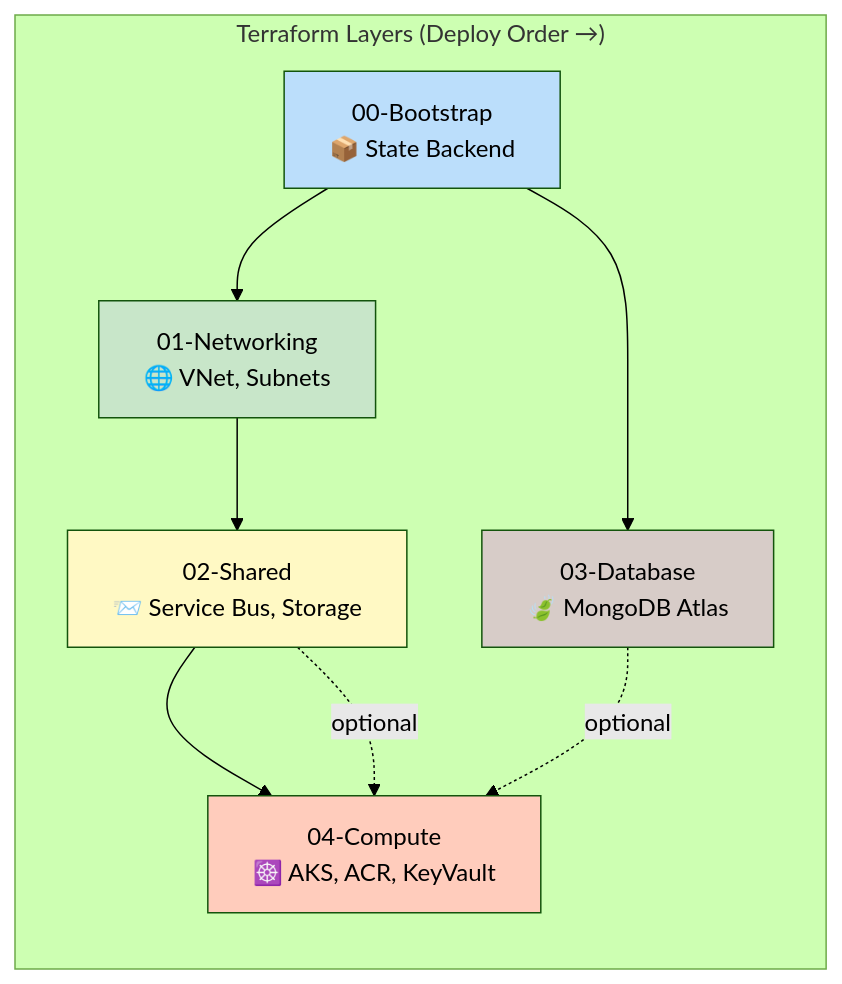
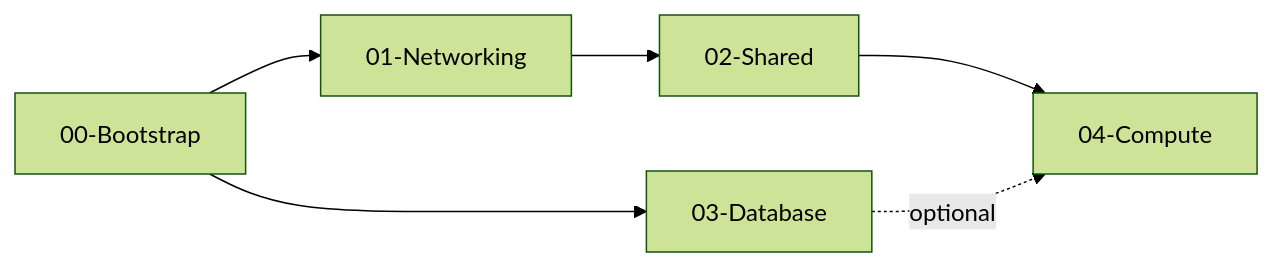
The second of 3 diagrams in README.md (piizei/azure-stamp-infra), drawn with Mermaid (forest theme) before and after one commit. The commit also changed other lines of this file, not shown here.

Commit message:
diagram colors

````diff
--- a/README.md
+++ b/README.md
@@ -113,21 +91,6 @@
 ```mermaid
 flowchart LR
-    subgraph Layers["Terraform Layers (Deploy Order →)"]
-        L0["00-Bootstrap<br/>📦 State Backend"]
-        L1["01-Networking<br/>🌐 VNet, Subnets"]
-        L2["02-Shared<br/>📨 Service Bus, Storage"]
-        L3["03-Database<br/>🍃 MongoDB Atlas"]
-        L4["04-Compute<br/>☸️ AKS, ACR, KeyVault"]
-    end
-    
-    L0 --> L1 --> L2 --> L4
-    L0 --> L3
-    L2 -.->|optional| L4
+    L0[00-Bootstrap] --> L1[01-Networking] --> L2[02-Shared] --> L4[04-Compute]
+    L0 --> L3[03-Database]
     L3 -.->|optional| L4
-    
-    style L0 fill:#bbdefb
-    style L1 fill:#c8e6c9
-    style L2 fill:#fff9c4
-    style L3 fill:#d7ccc8
-    style L4 fill:#ffccbc
 ```
````
